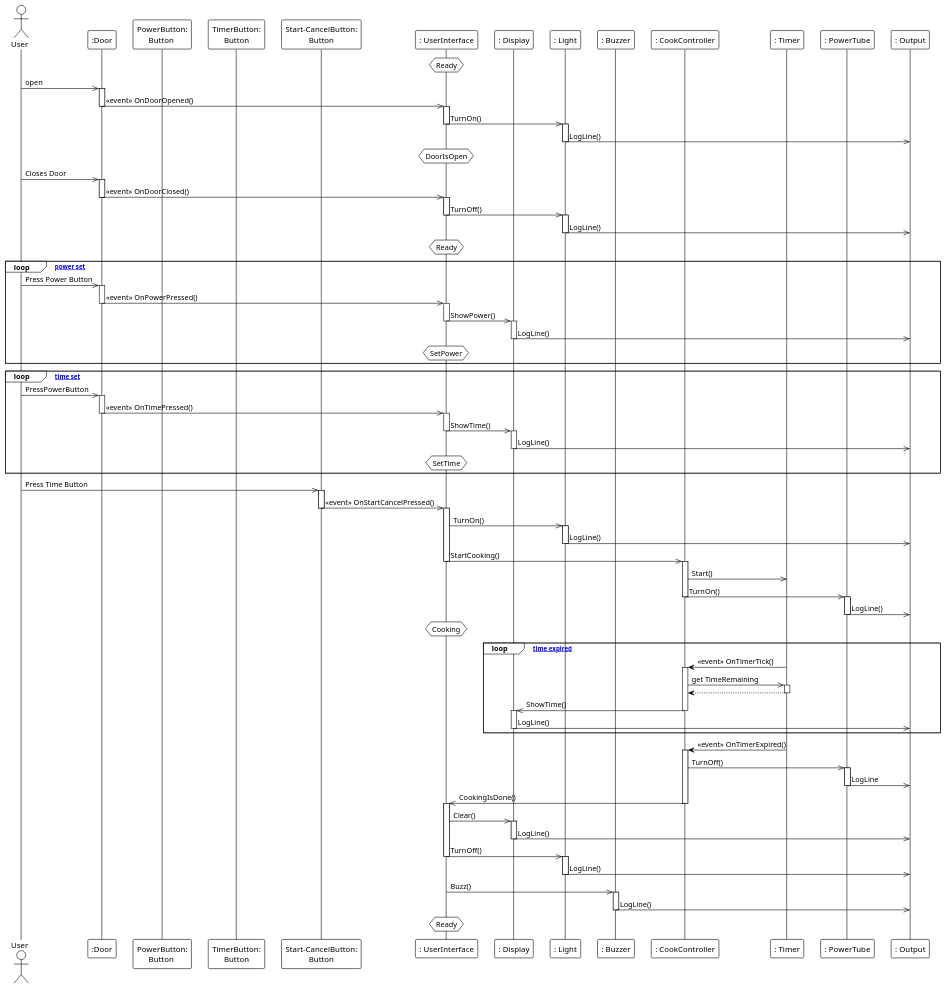
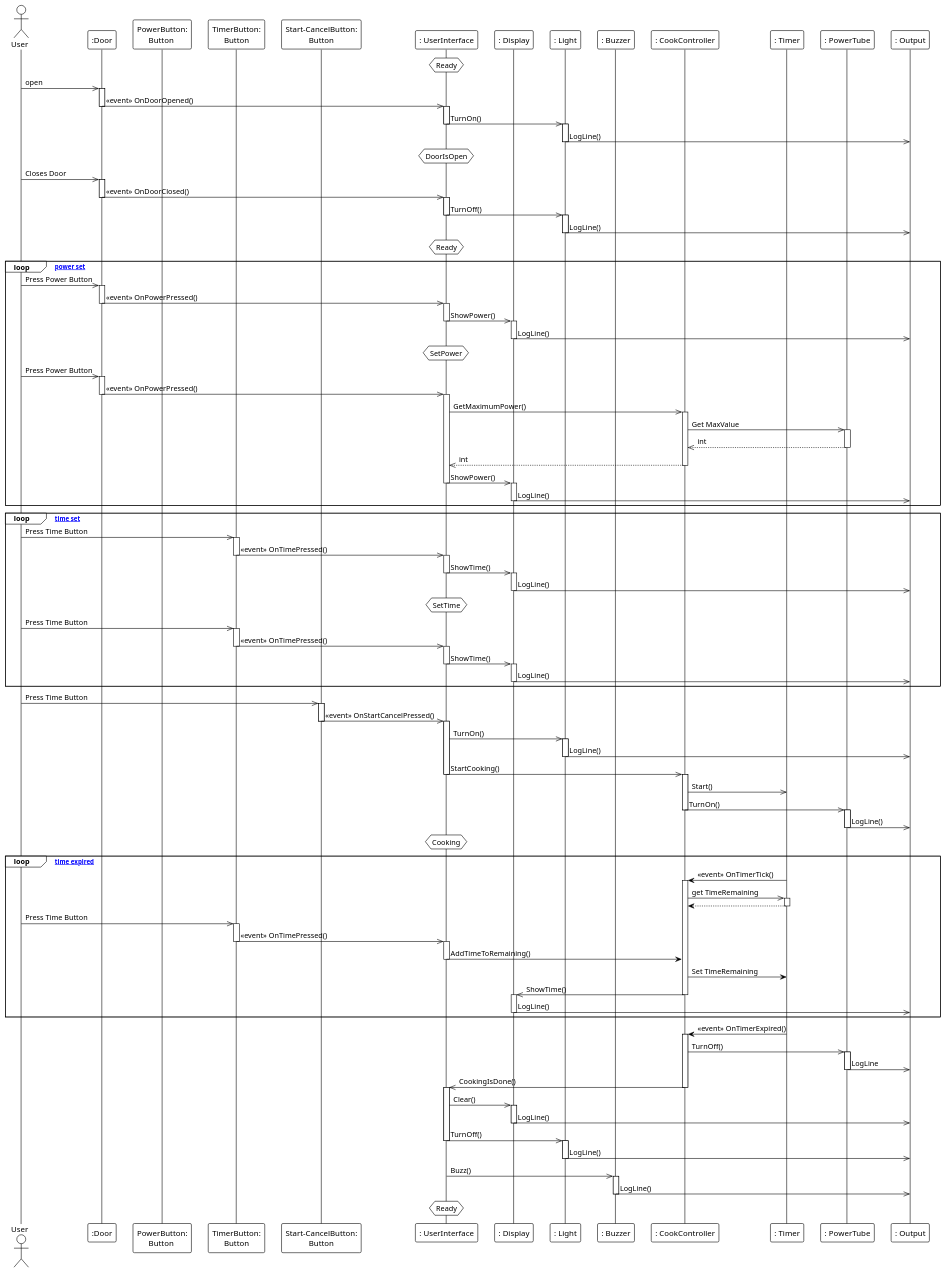
One commit to MartinStokholm/SWTExercise3 changed the diagram in MircowaveSq.puml. Above: the diagram before and after it, drawn with PlantUML. The commit also changed 1 other file, not shown here.

Commit message:
Fixed error in program.cs changemaxvalue was removed from powertube

```diff
--- a/MircowaveSq.puml
+++ b/MircowaveSq.puml
@@ -1,139 +1,180 @@
 @startuml
 !theme plain
 
 actor "User" as user
 participant ":Door" as door
 participant "PowerButton:\nButton " as powerbutton 
 participant "TimerButton:\nButton" as timerbutton
 participant "Start-CancelButton:\n Button " as startbutton
 participant ": UserInterface" as ui 
 participant ": Display" as display
 participant ": Light" as light
 participant ": Buzzer" as buzzer 
 participant ": CookController" as cookcontroller
 participant ": Timer" as timer
 participant ": PowerTube" as powertube 
 participant ": Output" as output 
 
 
 hnote over ui : Ready
 user ->> door : open 
 activate door 
 door ->> ui : <<event>> OnDoorOpened()
 deactivate door 
 activate ui 
 ui ->> light : TurnOn()
 deactivate ui 
 activate light
 light ->> output : LogLine()
 deactivate light
 
 hnote over ui : DoorIsOpen
 user ->> door : Closes Door
 activate door
 door ->> ui : <<event>> OnDoorClosed()
 deactivate door
 activate ui
 ui ->> light : TurnOff()
 deactivate ui
 activate light
 light ->> output : LogLine()
 deactivate light
 
 
 
 hnote over ui : Ready
 loop [until power set]
 user ->> door : Press Power Button
 activate door
 door ->> ui : <<event>> OnPowerPressed()
 deactivate door
 activate ui
 ui ->> display : ShowPower()
 deactivate ui
 activate display
 display ->> output : LogLine()
 deactivate display
+
 hnote over ui : SetPower
+
+user ->> door : Press Power Button
+activate door
+door ->> ui : <<event>> OnPowerPressed()
+deactivate door
+activate ui
+ui ->> cookcontroller : GetMaximumPower()
+activate cookcontroller
+cookcontroller ->> powertube : Get MaxValue
+activate powertube
+powertube -->> cookcontroller : int
+deactivate powertube
+cookcontroller -->> ui : int
+deactivate cookcontroller
+ui ->> display : ShowPower()
+deactivate ui
+activate display
+display ->> output : LogLine()
+deactivate display
+
 end
 
 
 
 loop [until time set]
-user ->> door : PressPowerButton
-activate door
-door ->> ui : <<event>> OnTimePressed()
-deactivate door
+user ->> timerbutton : Press Time Button
+activate timerbutton
+timerbutton ->> ui : <<event>> OnTimePressed()
+deactivate timerbutton
 activate ui
 ui ->> display : ShowTime()
 deactivate ui
 activate display
 display ->> output : LogLine()
 deactivate display
 hnote over ui : SetTime
+
+user ->> timerbutton : Press Time Button
+activate timerbutton
+timerbutton ->> ui : <<event>> OnTimePressed()
+deactivate timerbutton
+activate ui
+
+ui ->> display : ShowTime()
+deactivate ui
+activate display
+display ->> output : LogLine()
+deactivate display
 end
 
 user ->> startbutton : Press Time Button 
 activate startbutton
 startbutton ->> ui : <<event>> OnStartCancelPressed()
 deactivate startbutton
 activate ui
 ui ->> light : TurnOn()
 activate light
 light ->> output : LogLine()
 
 deactivate light
 ui ->> cookcontroller : StartCooking()
 deactivate ui
 activate cookcontroller
 cookcontroller ->> timer : Start()
 cookcontroller ->> powertube : TurnOn()
 deactivate cookcontroller
 activate powertube
 powertube ->> output : LogLine()
 deactivate powertube
 
 
 hnote over ui : Cooking
 loop [until time expired]
 timer -> cookcontroller : <<event>> OnTimerTick()
 activate cookcontroller
 cookcontroller ->> timer : get TimeRemaining
 activate timer
 timer --> cookcontroller : 
 deactivate timer
+user ->> timerbutton : Press Time Button
+activate timerbutton
+timerbutton ->> ui : <<event>> OnTimePressed()
+deactivate timerbutton
+activate ui
+ui -> cookcontroller : AddTimeToRemaining()
+deactivate ui
+cookcontroller -> timer : Set TimeRemaining
 cookcontroller ->> display : ShowTime()
 deactivate cookcontroller
 activate display
 display ->> output : LogLine()
 deactivate display
 end
 
 timer -> cookcontroller : <<event>> OnTimerExpired()
 activate cookcontroller
 cookcontroller ->> powertube : TurnOff()
 activate powertube
 powertube ->> output : LogLine 
 
 deactivate powertube
 cookcontroller ->> ui : CookingIsDone()
 deactivate cookcontroller
 activate ui
 ui ->> display : Clear()
 activate display
 display ->> output : LogLine()
 deactivate display
 ui ->> light : TurnOff()
 deactivate ui
 activate light 
 light ->> output : LogLine()
 deactivate light
 ui ->> buzzer : Buzz()
 deactivate ui
 activate buzzer
 buzzer ->> output : LogLine()
 deactivate buzzer
 
 hnote over ui : Ready
 
 @enduml
```
